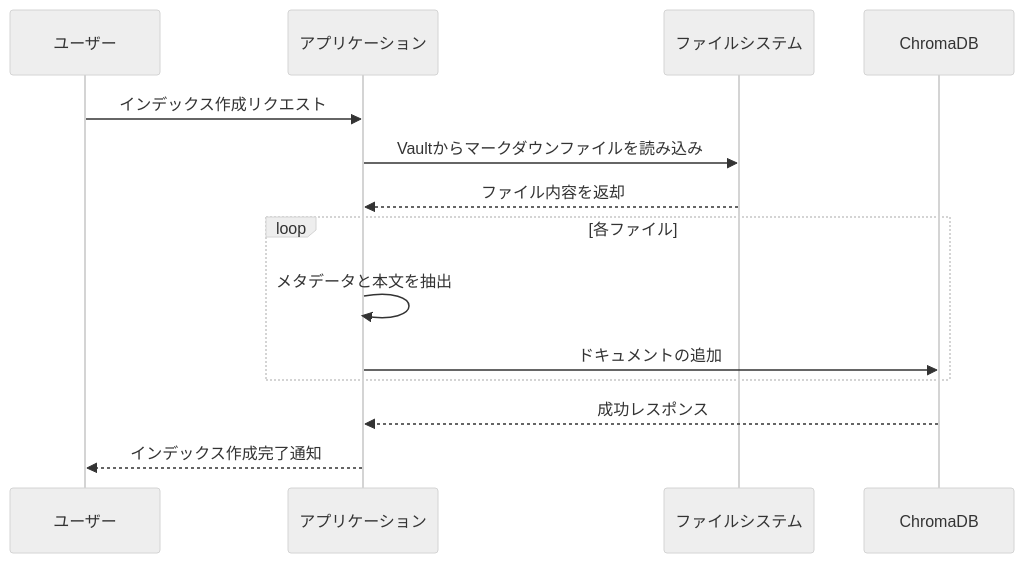
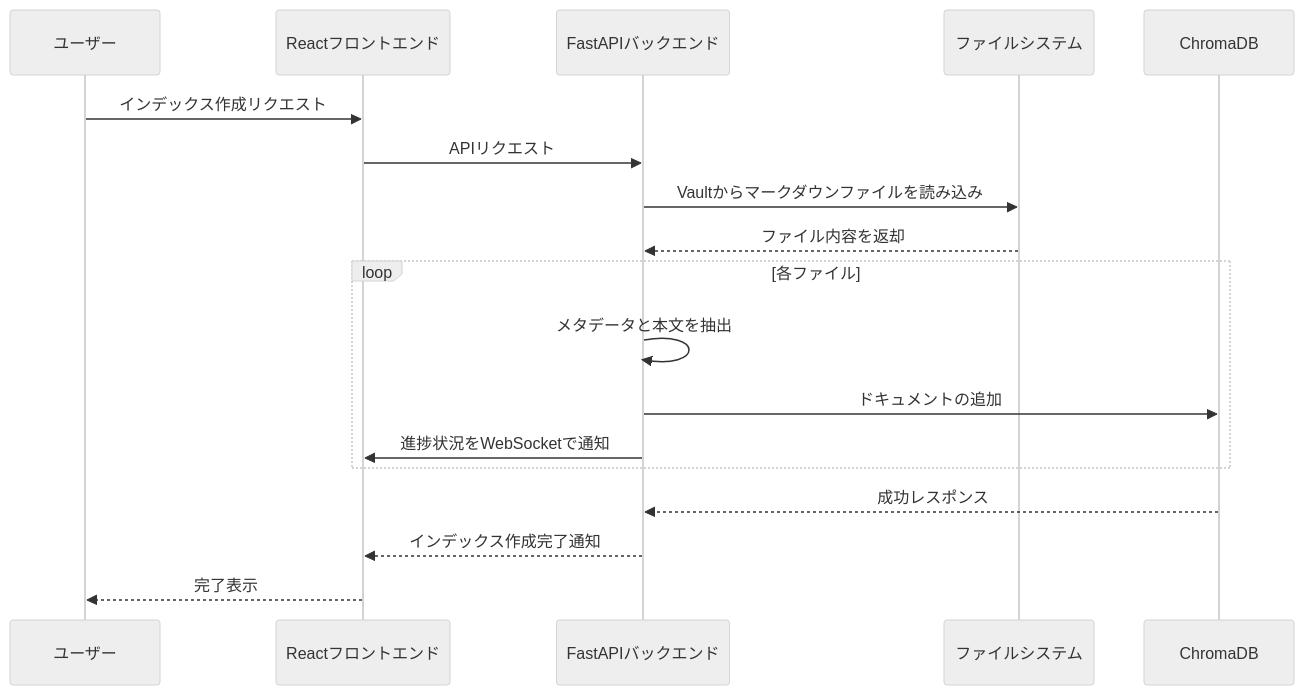
Before and after one commit to NewAITees/Obsidian-Concierge: the second of 4 diagrams in docs/ARCHITECTURE.md, drawn with Mermaid (neutral theme). The commit also changed other lines of this file and 41 other files, not shown here.

````diff
--- a/docs/ARCHITECTURE.md
+++ b/docs/ARCHITECTURE.md
@@ -69,17 +87,21 @@
 ```mermaid
 sequenceDiagram
     participant User as ユーザー
-    participant App as アプリケーション
+    participant FE as Reactフロントエンド
+    participant BE as FastAPIバックエンド
     participant FS as ファイルシステム
     participant DB as ChromaDB
     
-    User->>App: インデックス作成リクエスト
-    App->>FS: Vaultからマークダウンファイルを読み込み
-    FS-->>App: ファイル内容を返却
+    User->>FE: インデックス作成リクエスト
+    FE->>BE: APIリクエスト
+    BE->>FS: Vaultからマークダウンファイルを読み込み
+    FS-->>BE: ファイル内容を返却
     loop 各ファイル
-        App->>App: メタデータと本文を抽出
-        App->>DB: ドキュメントの追加
+        BE->>BE: メタデータと本文を抽出
+        BE->>DB: ドキュメントの追加
+        BE->>FE: 進捗状況をWebSocketで通知
     end
-    DB-->>App: 成功レスポンス
-    App-->>User: インデックス作成完了通知
+    DB-->>BE: 成功レスポンス
+    BE-->>FE: インデックス作成完了通知
+    FE-->>User: 完了表示
 ```
````
